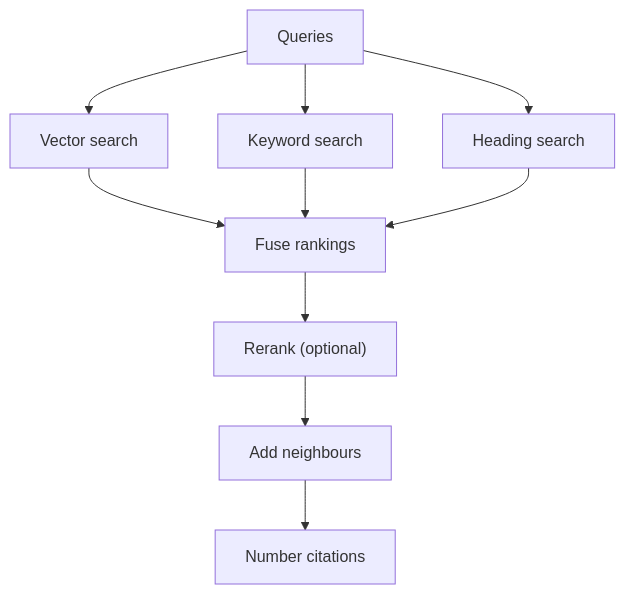
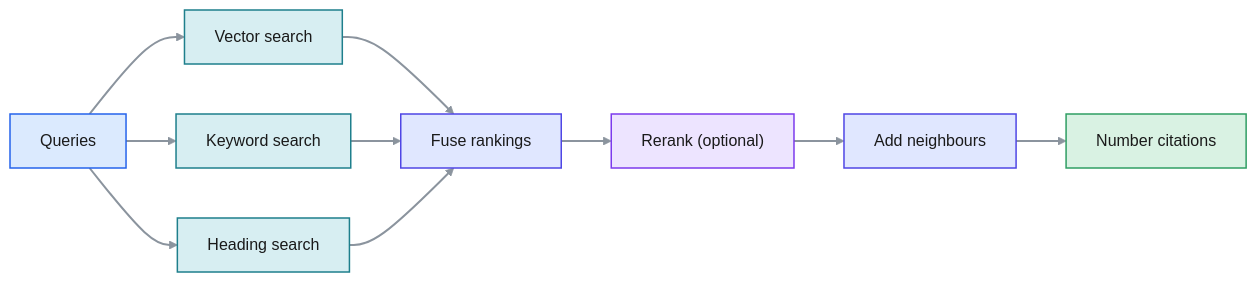
One commit to cdmx-in/kera changed the second of 3 diagrams in docs/how-it-answers.md. Above: the diagram before and after it, drawn with Mermaid. The commit also changed other lines of this file and 4 other files, not shown here.

First line of the commit message:
docs: show the SVG diagrams in the README and how-it-answers, keep Mermaid as text

````diff
--- a/docs/how-it-answers.md
+++ b/docs/how-it-answers.md
@@ -272,12 +318,31 @@
 ```mermaid
-flowchart TD
+flowchart LR
     q["Queries"] --> vec["Vector search"]
     q --> kw["Keyword search"]
     q --> head["Heading search"]
     vec --> fuse["Fuse rankings"]
     kw --> fuse
     head --> fuse
     fuse --> rerank["Rerank (optional)"]
     rerank --> nb["Add neighbours"]
     nb --> num["Number citations"]
+    classDef cIn fill:#dbeafe,stroke:#2563eb,color:#1a1a1a,stroke-width:1.5px
+    classDef cCtx fill:#e0e7ff,stroke:#4f46e5,color:#1a1a1a,stroke-width:1.5px
+    classDef cKn fill:#d7eef2,stroke:#1e7f8c,color:#1a1a1a,stroke-width:1.5px
+    classDef cGd fill:#fdf0d2,stroke:#d9960f,color:#1a1a1a,stroke-width:1.5px
+    classDef cMd fill:#ede4ff,stroke:#7c3aed,color:#1a1a1a,stroke-width:1.5px
+    classDef cTl fill:#ffe6d5,stroke:#ea580c,color:#1a1a1a,stroke-width:1.5px
+    classDef cOt fill:#d9f2e3,stroke:#2f9e63,color:#1a1a1a,stroke-width:1.5px
+    classDef cBd fill:#fbe0e0,stroke:#d64a4a,color:#1a1a1a,stroke-width:1.5px
+    classDef pKn fill:#1e7f8c,stroke:#1e7f8c,color:#ffffff
+    classDef pTl fill:#c2410c,stroke:#c2410c,color:#ffffff
+    classDef pOt fill:#15803d,stroke:#15803d,color:#ffffff
+    classDef pMd fill:#7c3aed,stroke:#7c3aed,color:#ffffff
+    classDef pBd fill:#c2312f,stroke:#c2312f,color:#ffffff
+    class q cIn
+    class vec,kw,head cKn
+    class fuse,nb cCtx
+    class rerank cMd
+    class num cOt
+    linkStyle default stroke:#8b949e,stroke-width:2px
 ```
````
